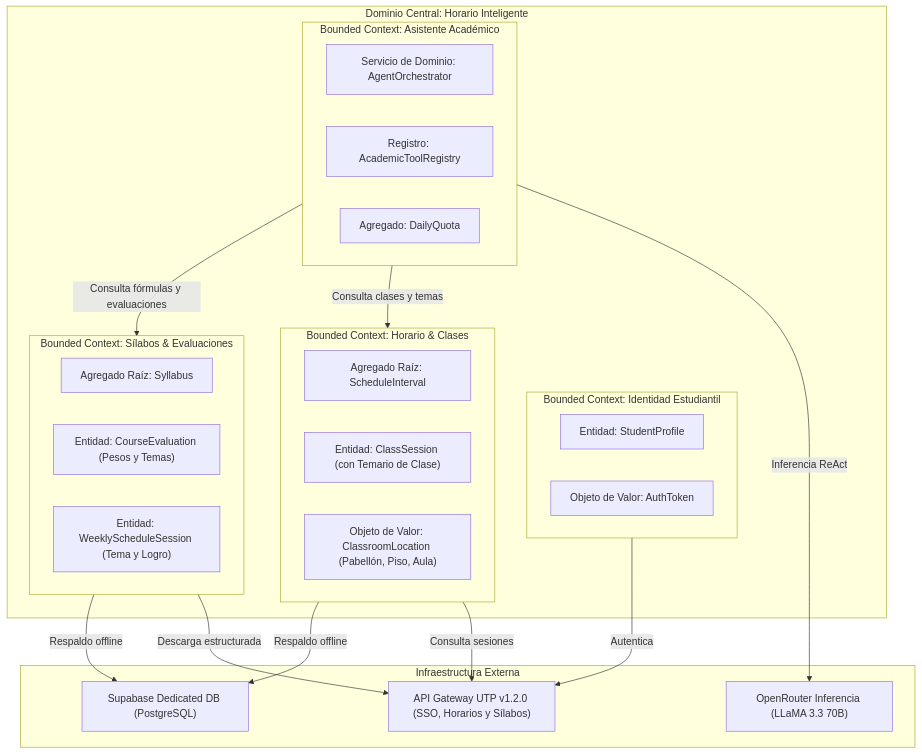
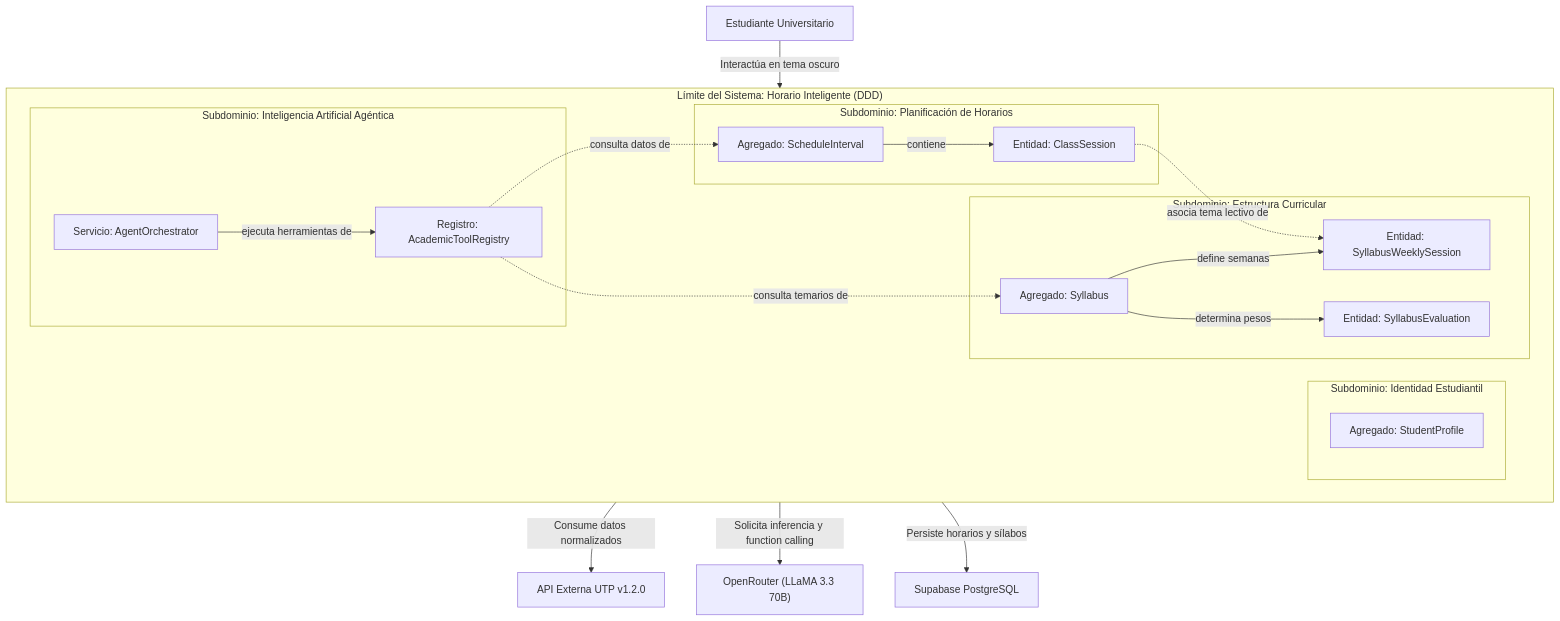
Before and after one commit to Joan2022Laurente/horarioInteligente: the second of 9 diagrams in INFORME_TECNICO_PROYECTO.md, drawn with Mermaid. The commit also changed other lines of this file, not shown here.

````diff
--- a/INFORME_TECNICO_PROYECTO.md
+++ b/INFORME_TECNICO_PROYECTO.md
@@ -208,42 +326,37 @@
 ```mermaid
-flowchart TD
-    subgraph CoreDomain["Dominio Central: Horario Inteligente"]
-        subgraph BC_Identity["Bounded Context: Identidad Estudiantil"]
-            StudentProfile["Entidad: StudentProfile"]
-            AuthSession["Objeto de Valor: AuthToken"]
+graph TB
+    subgraph DominioAcademico["Límite del Sistema: Horario Inteligente (DDD)"]
+        subgraph SubdominioHorario["Subdominio: Planificación de Horarios"]
+            ScheduleInterval["Agregado: ScheduleInterval"]
+            ClassSession["Entidad: ClassSession"]
+            ScheduleInterval -->|contiene| ClassSession
         end
 
-        subgraph BC_Schedule["Bounded Context: Horario & Clases"]
-            ScheduleInterval["Agregado Raíz: ScheduleInterval"]
-            ClassSession["Entidad: ClassSession (con Temario de Clase)"]
-            Location["Objeto de Valor: ClassroomLocation (Pabellón, Piso, Aula)"]
+        subgraph SubdominioSilabo["Subdominio: Estructura Curricular"]
+            Syllabus["Agregado: Syllabus"]
+            SyllabusSession["Entidad: SyllabusWeeklySession"]
+            Evaluation["Entidad: SyllabusEvaluation"]
+            Syllabus -->|define semanas| SyllabusSession
+            Syllabus -->|determina pesos| Evaluation
         end
 
-        subgraph BC_Syllabus["Bounded Context: Sílabos & Evaluaciones"]
-            Syllabus["Agregado Raíz: Syllabus"]
-            Evaluation["Entidad: CourseEvaluation (Pesos y Temas)"]
-            WeeklySession["Entidad: WeeklyScheduleSession (Tema y Logro)"]
+        subgraph SubdominioEstudiante["Subdominio: Identidad Estudiantil"]
+            StudentProfile["Agregado: StudentProfile"]
         end
 
-        subgraph BC_Assistant["Bounded Context: Asistente Académico"]
-            AgentLoop["Servicio de Dominio: AgentOrchestrator"]
+        subgraph SubdominioAsistenteIA["Subdominio: Inteligencia Artificial Agéntica"]
+            AgentOrchestrator["Servicio: AgentOrchestrator"]
             ToolRegistry["Registro: AcademicToolRegistry"]
-            DailyQuota["Agregado: DailyQuota"]
+            AgentOrchestrator -->|ejecuta herramientas de| ToolRegistry
         end
+
+        ClassSession -.->|asocia tema lectivo de| SyllabusSession
+        ToolRegistry -.->|consulta datos de| ScheduleInterval
+        ToolRegistry -.->|consulta temarios de| Syllabus
     end
 
-    subgraph ExternalSystems["Infraestructura Externa"]
-        ExternalAPI["API Gateway UTP v1.2.0 (SSO, Horarios y Sílabos)"]
-        OpenRouter["OpenRouter Inferencia (LLaMA 3.3 70B)"]
-        SupabaseDB["Supabase Dedicated DB (PostgreSQL)"]
-    end
-
-    BC_Identity -->|Autentica| ExternalAPI
-    BC_Schedule -->|Consulta sesiones| ExternalAPI
-    BC_Syllabus -->|Descarga estructurada| ExternalAPI
-    BC_Schedule -->|Respaldo offline| SupabaseDB
-    BC_Syllabus -->|Respaldo offline| SupabaseDB
-    BC_Assistant -->|Inferencia ReAct| OpenRouter
-    BC_Assistant -->|Consulta clases y temas| BC_Schedule
-    BC_Assistant -->|Consulta fórmulas y evaluaciones| BC_Syllabus
+    Usuario["Estudiante Universitario"] -->|Interactúa en tema oscuro| DominioAcademico
+    DominioAcademico -->|Consume datos normalizados| ApiExterna["API Externa UTP v1.2.0"]
+    DominioAcademico -->|Solicita inferencia y function calling| OpenRouter["OpenRouter (LLaMA 3.3 70B)"]
+    DominioAcademico -->|Persiste horarios y sílabos| SupabaseDB["Supabase PostgreSQL"]
 ```
````
